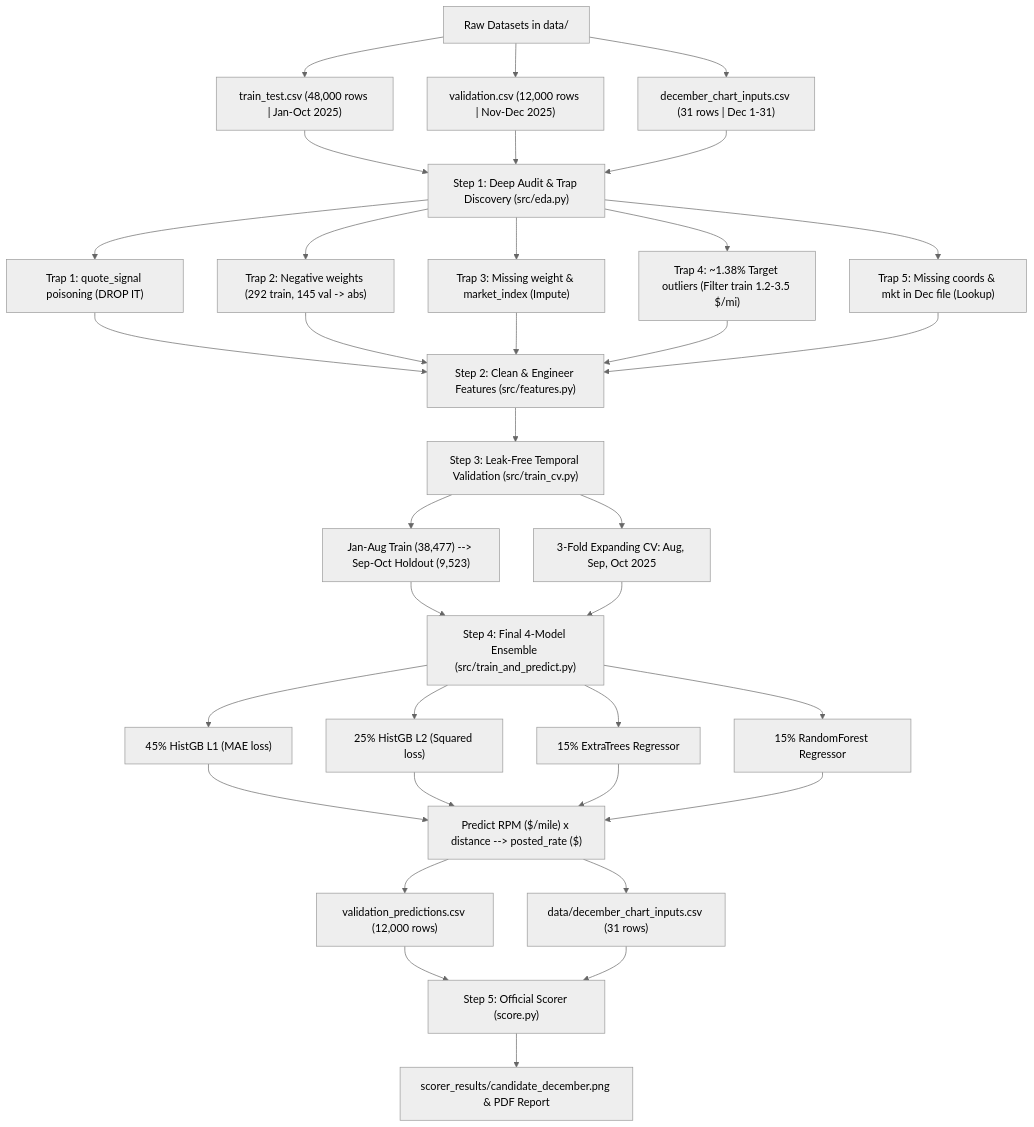
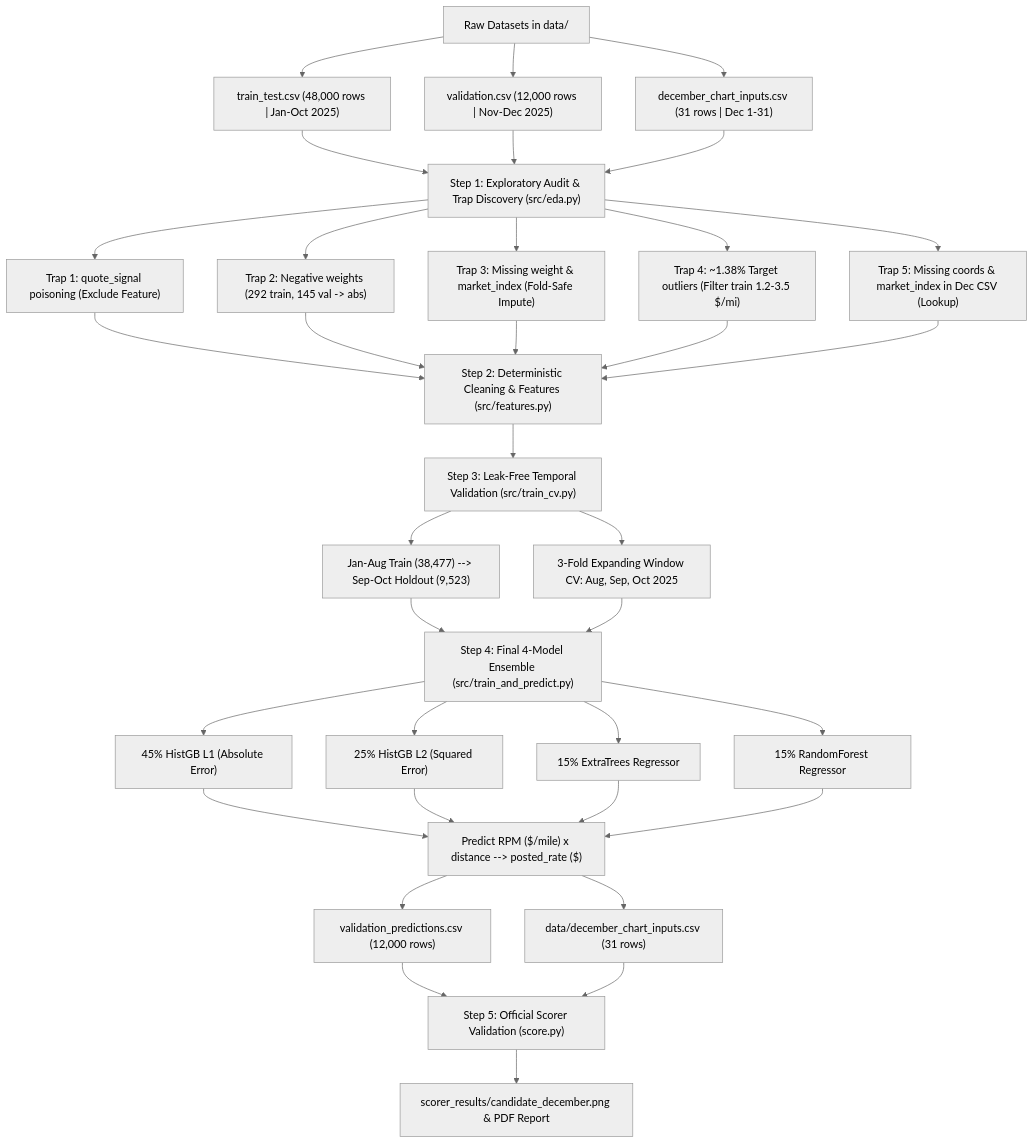
Before and after one commit to mangalbuilds/spotter_ml_assessment: the first of 2 diagrams in ARCHITECTURE_AND_WORKFLOW_GUIDE.md, drawn with Mermaid (neutral theme). The commit also changed other lines of this file, not shown here.

Commit message:
Refine ARCHITECTURE_AND_WORKFLOW_GUIDE.md to crisp engineering English

````diff
--- a/ARCHITECTURE_AND_WORKFLOW_GUIDE.md
+++ b/ARCHITECTURE_AND_WORKFLOW_GUIDE.md
@@ -9,45 +9,45 @@
 ```mermaid
 flowchart TD
     A["Raw Datasets in data/"] --> A1["train_test.csv (48,000 rows | Jan-Oct 2025)"]
     A --> A2["validation.csv (12,000 rows | Nov-Dec 2025)"]
     A --> A3["december_chart_inputs.csv (31 rows | Dec 1-31)"]
 
-    A1 --> B["Step 1: Deep Audit & Trap Discovery (src/eda.py)"]
+    A1 --> B["Step 1: Exploratory Audit & Trap Discovery (src/eda.py)"]
     A2 --> B
     A3 --> B
 
-    B --> T1["Trap 1: quote_signal poisoning (DROP IT)"]
+    B --> T1["Trap 1: quote_signal poisoning (Exclude Feature)"]
     B --> T2["Trap 2: Negative weights (292 train, 145 val -> abs)"]
-    B --> T3["Trap 3: Missing weight & market_index (Impute)"]
+    B --> T3["Trap 3: Missing weight & market_index (Fold-Safe Impute)"]
     B --> T4["Trap 4: ~1.38% Target outliers (Filter train 1.2-3.5 $/mi)"]
-    B --> T5["Trap 5: Missing coords & mkt in Dec file (Lookup)"]
+    B --> T5["Trap 5: Missing coords & market_index in Dec CSV (Lookup)"]
 
-    T1 --> C["Step 2: Clean & Engineer Features (src/features.py)"]
+    T1 --> C["Step 2: Deterministic Cleaning & Features (src/features.py)"]
     T2 --> C
     T3 --> C
     T4 --> C
     T5 --> C
 
     C --> D["Step 3: Leak-Free Temporal Validation (src/train_cv.py)"]
     D --> D1["Jan-Aug Train (38,477) --> Sep-Oct Holdout (9,523)"]
-    D --> D2["3-Fold Expanding CV: Aug, Sep, Oct 2025"]
+    D --> D2["3-Fold Expanding Window CV: Aug, Sep, Oct 2025"]
 
     D1 --> E["Step 4: Final 4-Model Ensemble (src/train_and_predict.py)"]
     D2 --> E
 
-    E --> E1["45% HistGB L1 (MAE loss)"]
-    E --> E2["25% HistGB L2 (Squared loss)"]
+    E --> E1["45% HistGB L1 (Absolute Error)"]
+    E --> E2["25% HistGB L2 (Squared Error)"]
     E --> E3["15% ExtraTrees Regressor"]
     E --> E4["15% RandomForest Regressor"]
 
     E1 --> F["Predict RPM ($/mile) x distance --> posted_rate ($)"]
     E2 --> F
     E3 --> F
     E4 --> F
 
     F --> G1["validation_predictions.csv (12,000 rows)"]
     F --> G2["data/december_chart_inputs.csv (31 rows)"]
-    G1 --> H["Step 5: Official Scorer (score.py)"]
+    G1 --> H["Step 5: Official Scorer Validation (score.py)"]
     G2 --> H
     H --> I["scorer_results/candidate_december.png & PDF Report"]
 ```
````
